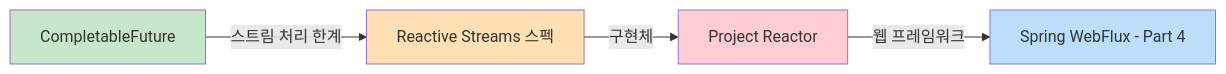
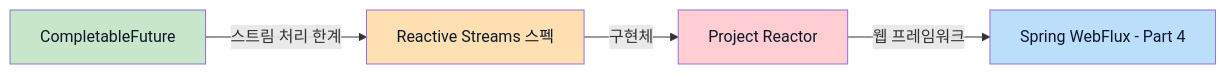
The third of 3 diagrams in src/content/blog/jvm-concurrency-model-3-reactive-streams-reactor.md (snowink1137/blog), drawn with Mermaid before and after one commit. The commit also changed 17 other files, not shown here.

First line of the commit message:
mermaid 다크모드 대비 수정 — 파스텔 배경 노드의 글자색 명시

````diff
--- a/src/content/blog/jvm-concurrency-model-3-reactive-streams-reactor.md
+++ b/src/content/blog/jvm-concurrency-model-3-reactive-streams-reactor.md
@@ -557,11 +557,11 @@
 ```mermaid
 flowchart LR
     A[CompletableFuture] -->|스트림 처리 한계| B[Reactive Streams 스펙]
     B -->|구현체| C[Project Reactor]
     C -->|웹 프레임워크| D[Spring WebFlux - Part 4]
 
-    style A fill:#c8e6c9
-    style B fill:#ffe0b2
-    style C fill:#ffcdd2
-    style D fill:#bbdefb
+    style A fill:#c8e6c9,color:#0f172a
+    style B fill:#ffe0b2,color:#0f172a
+    style C fill:#ffcdd2,color:#0f172a
+    style D fill:#bbdefb,color:#0f172a
 ```
````
